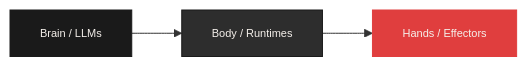
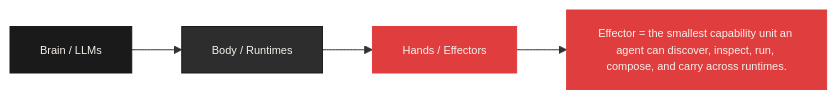
One commit to effectorHQ/.github changed the diagram in profile/README.md. Above: the diagram before and after it, drawn with Mermaid. The commit also changed other lines of this file, not shown here.

First line of the commit message:
docs: add Effector definition node in diagram and bold caption

````diff
--- a/profile/README.md
+++ b/profile/README.md
@@ -20,9 +20,10 @@
 ```mermaid
 graph LR
   classDef brain fill:#1A1A1A,color:#F5F0EB,stroke:#1A1A1A,font-size:11px;
   classDef body fill:#2D2D2D,color:#F5F0EB,stroke:#1A1A1A,font-size:11px;
   classDef hands fill:#E03E3E,color:#F5F0EB,stroke:#E03E3E,font-size:11px;
 
   Brain["Brain / LLMs"]:::brain --> Body["Body / Runtimes"]:::body
   Body --> Hands["Hands / Effectors"]:::hands
+  Hands --> EffNode["Effector = the smallest capability unit an agent can discover, inspect, run, compose, and carry across runtimes."]:::hands
 ```
````
